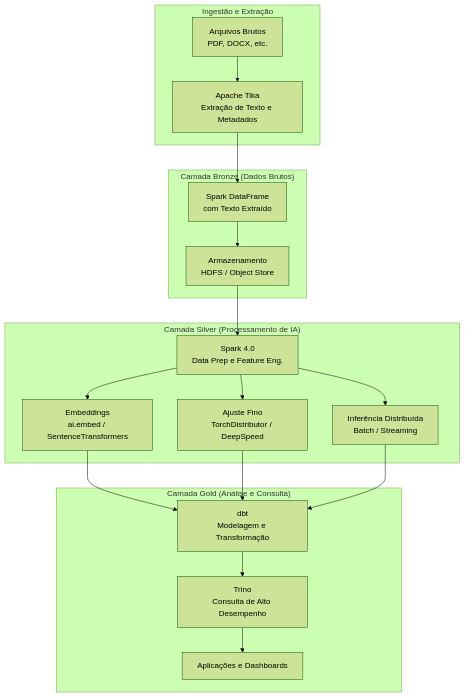
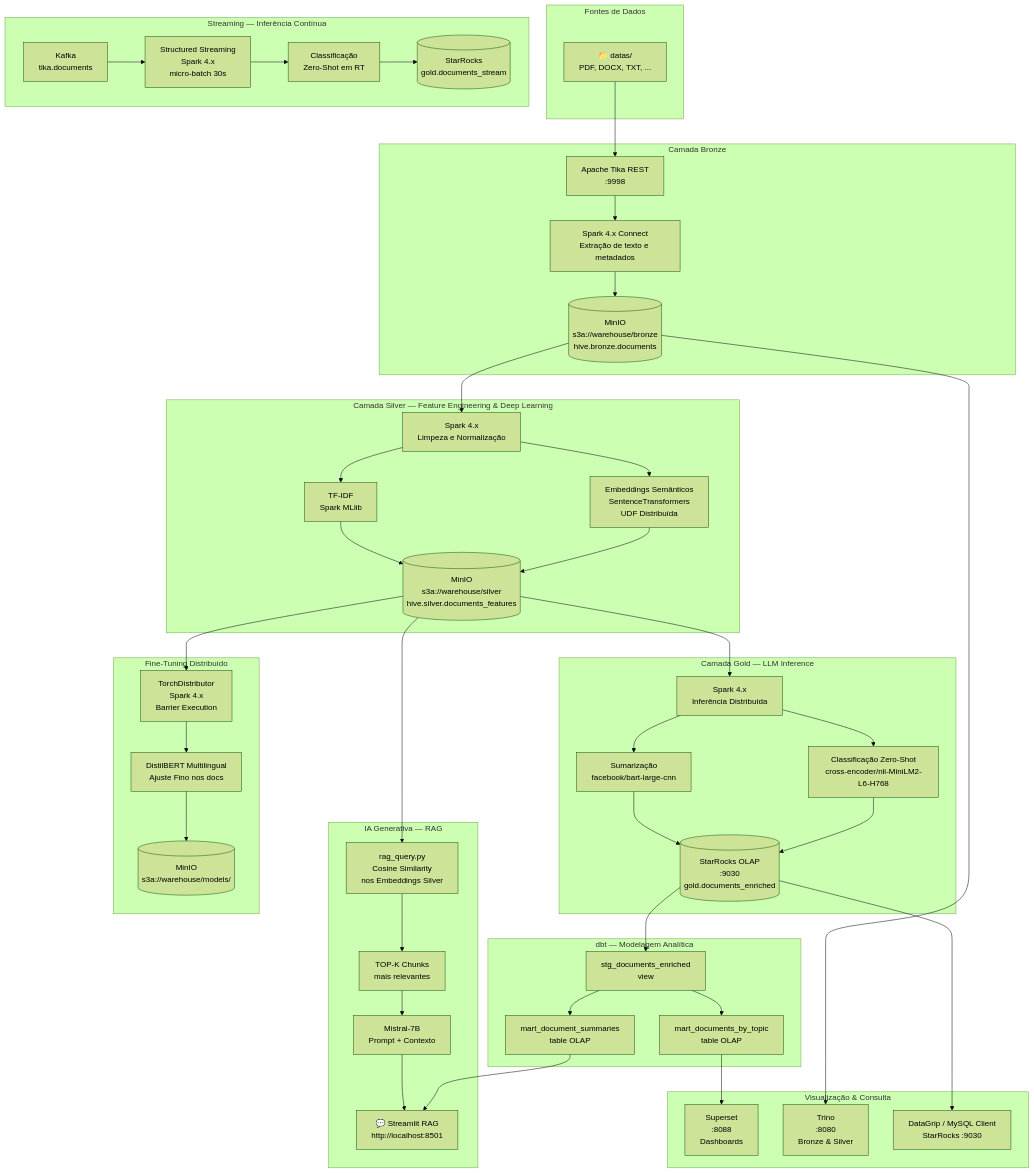
One commit to gmontinny/spark_dbt_tikas changed the diagram in regras/deepseek_mermaid_20260919_52122c.mermaid. Above: the diagram before and after it, drawn with Mermaid (forest theme). The commit also changed 35 other files, not shown here.

Commit message:
Apache Spark, Tikas, Trino, StarRocks, DBT e IA

```diff
--- a/regras/deepseek_mermaid_20260919_52122c.mermaid
+++ b/regras/deepseek_mermaid_20260919_52122c.mermaid
@@ -1,24 +1,58 @@
 graph TD
-    subgraph "Ingestão e Extração"
-        A[Arquivos Brutos<br>PDF, DOCX, etc.] --> B[Apache Tika<br>Extração de Texto e Metadados]
+    subgraph "Fontes de Dados"
+        A[📁 datas/<br>PDF, DOCX, TXT, ...]
     end
 
-    subgraph "Camada Bronze (Dados Brutos)"
-        B --> C[Spark DataFrame<br>com Texto Extraído]
-        C --> D[Armazenamento<br>HDFS / Object Store]
+    subgraph "Camada Bronze"
+        A --> B[Apache Tika REST<br>:9998]
+        B --> C[Spark 4.x Connect<br>Extração de texto e metadados]
+        C --> D[(MinIO<br>s3a://warehouse/bronze<br>hive.bronze.documents)]
     end
 
-    subgraph "Camada Silver (Processamento de IA)"
-        D --> E[Spark 4.0<br>Data Prep e Feature Eng.]
-        E --> F[Embeddings<br>ai.embed / SentenceTransformers]
-        E --> G[Ajuste Fino<br>TorchDistributor / DeepSpeed]
-        E --> H[Inferência Distribuída<br>Batch / Streaming]
+    subgraph "Camada Silver — Feature Engineering & Deep Learning"
+        D --> E[Spark 4.x<br>Limpeza e Normalização]
+        E --> F[TF-IDF<br>Spark MLlib]
+        E --> G[Embeddings Semânticos<br>SentenceTransformers<br>UDF Distribuída]
+        F --> H[(MinIO<br>s3a://warehouse/silver<br>hive.silver.documents_features)]
+        G --> H
     end
 
-    subgraph "Camada Gold (Análise e Consulta)"
-        F --> I[dbt<br>Modelagem e Transformação]
-        G --> I
-        H --> I
-        I --> J[Trino<br>Consulta de Alto Desempenho]
-        J --> K[Aplicações e Dashboards]
+    subgraph "Camada Gold — LLM Inference"
+        H --> I[Spark 4.x<br>Inferência Distribuída]
+        I --> J[Sumarização<br>facebook/bart-large-cnn]
+        I --> K[Classificação Zero-Shot<br>cross-encoder/nli-MiniLM2-L6-H768]
+        J --> L[(StarRocks OLAP<br>:9030<br>gold.documents_enriched)]
+        K --> L
     end
+
+    subgraph "dbt — Modelagem Analítica"
+        L --> M[stg_documents_enriched<br>view]
+        M --> N[mart_documents_by_topic<br>table OLAP]
+        M --> O[mart_document_summaries<br>table OLAP]
+    end
+
+    subgraph "IA Generativa — RAG"
+        H --> P[rag_query.py<br>Cosine Similarity<br>nos Embeddings Silver]
+        P --> Q[TOP-K Chunks<br>mais relevantes]
+        Q --> R[Mistral-7B<br>Prompt + Contexto]
+        R --> S[💬 Streamlit RAG<br>http://localhost:8501]
+    end
+
+    subgraph "Streaming — Inferência Contínua"
+        T[Kafka<br>tika.documents] --> U[Structured Streaming<br>Spark 4.x<br>micro-batch 30s]
+        U --> V[Classificação<br>Zero-Shot em RT]
+        V --> W[(StarRocks<br>gold.documents_stream)]
+    end
+
+    subgraph "Fine-Tuning Distribuído"
+        H --> X[TorchDistributor<br>Spark 4.x<br>Barrier Execution]
+        X --> Y[DistilBERT Multilingual<br>Ajuste Fino nos docs]
+        Y --> Z[(MinIO<br>s3a://warehouse/models/)]
+    end
+
+    subgraph "Visualização & Consulta"
+        N --> AA[Superset<br>:8088<br>Dashboards]
+        O --> S
+        D --> AB[Trino<br>:8080<br>Bronze & Silver]
+        L --> AC[DataGrip / MySQL Client<br>StarRocks :9030]
+    end
```
